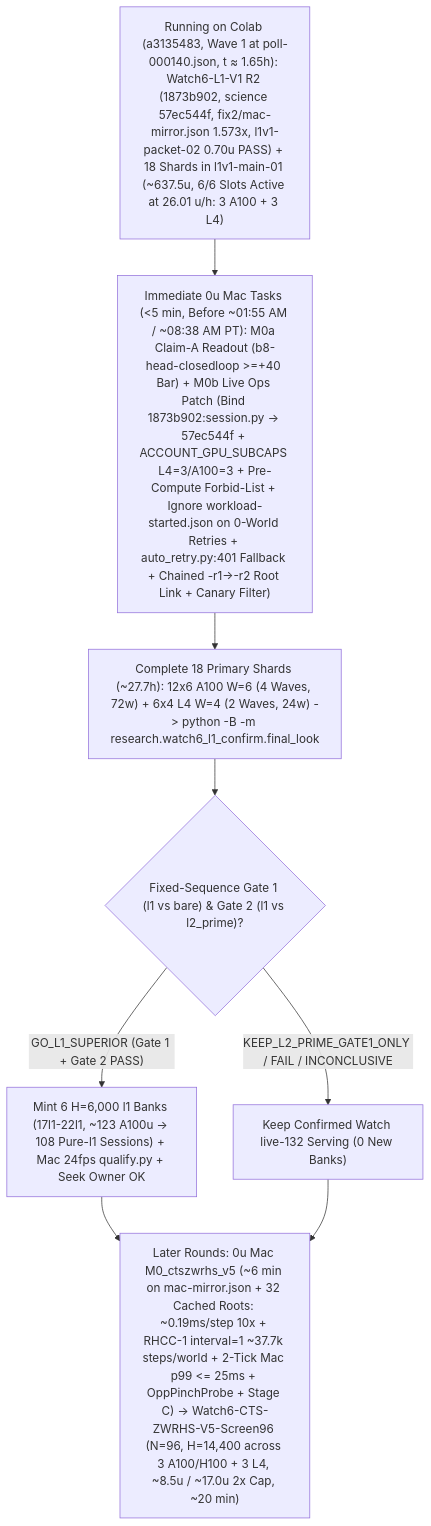
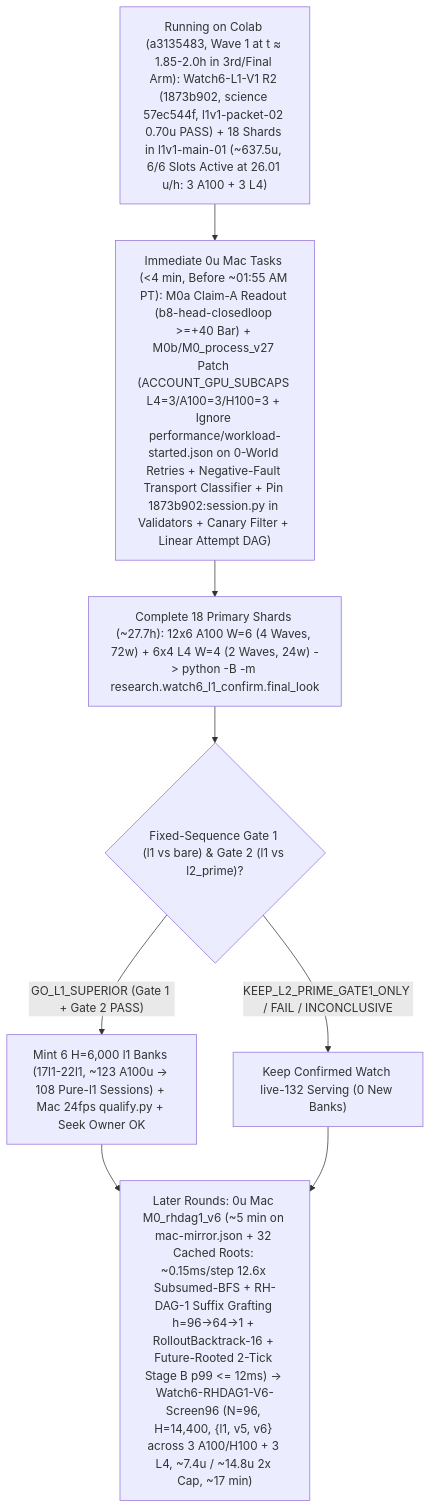
One commit to josenunezwork/snake-dqn changed the diagram in docs/research/ROADMAP.md. Above: the diagram before and after it, drawn with Mermaid. The commit also changed other lines of this file, not shown here.

Commit message:
docs(roadmap): fold in Round-27 synthesis (advice, not decisions)

````diff
--- a/docs/research/ROADMAP.md
+++ b/docs/research/ROADMAP.md
@@ -98,10 +104,10 @@
 ```mermaid
 flowchart TD
-    LIVE["Running on Colab (a3135483, Wave 1 at poll-000140.json, t ≈ 1.65h): Watch6-L1-V1 R2 (1873b902, science 57ec544f, fix2/mac-mirror.json 1.573x, l1v1-packet-02 0.70u PASS) + 18 Shards in l1v1-main-01 (~637.5u, 6/6 Slots Active at 26.01 u/h: 3 A100 + 3 L4)"] --> M0["Immediate 0u Mac Tasks (<5 min, Before ~01:55 AM / ~08:38 AM PT): M0a Claim-A Readout (b8-head-closedloop >=+40 Bar) + M0b Live Ops Patch (Bind 1873b902:session.py -> 57ec544f + ACCOUNT_GPU_SUBCAPS L4=3/A100=3 + Pre-Compute Forbid-List + Ignore workload-started.json on 0-World Retries + auto_retry.py:401 Fallback + Chained -r1->-r2 Root Link + Canary Filter)"]
+    LIVE["Running on Colab (a3135483, Wave 1 at t ≈ 1.85-2.0h in 3rd/Final Arm): Watch6-L1-V1 R2 (1873b902, science 57ec544f, l1v1-packet-02 0.70u PASS) + 18 Shards in l1v1-main-01 (~637.5u, 6/6 Slots Active at 26.01 u/h: 3 A100 + 3 L4)"] --> M0["Immediate 0u Mac Tasks (<4 min, Before ~01:55 AM PT): M0a Claim-A Readout (b8-head-closedloop >=+40 Bar) + M0b/M0_process_v27 Patch (ACCOUNT_GPU_SUBCAPS L4=3/A100=3/H100=3 + Ignore performance/workload-started.json on 0-World Retries + Negative-Fault Transport Classifier + Pin 1873b902:session.py in Validators + Canary Filter + Linear Attempt DAG)"]
     M0 --> WAVES["Complete 18 Primary Shards (~27.7h): 12x6 A100 W=6 (4 Waves, 72w) + 6x4 L4 W=4 (2 Waves, 24w) -> python -B -m research.watch6_l1_confirm.final_look"]
     WAVES --> GATES{"Fixed-Sequence Gate 1 (l1 vs bare) & Gate 2 (l1 vs l2_prime)?"}
     GATES -- "GO_L1_SUPERIOR (Gate 1 + Gate 2 PASS)" --> SUP["Mint 6 H=6,000 l1 Banks (17l1-22l1, ~123 A100u -> 108 Pure-l1 Sessions) + Mac 24fps qualify.py + Seek Owner OK"]
     GATES -- "KEEP_L2_PRIME_GATE1_ONLY / FAIL / INCONCLUSIVE" --> KEEP["Keep Confirmed Watch live-132 Serving (0 New Banks)"]
-    SUP --> LATER["Later Rounds: 0u Mac M0_ctszwrhs_v5 (~6 min on mac-mirror.json + 32 Cached Roots: ~0.19ms/step 10x + RHCC-1 interval=1 ~37.7k steps/world + 2-Tick Mac p99 <= 25ms + OppPinchProbe + Stage C) -> Watch6-CTS-ZWRHS-V5-Screen96 (N=96, H=14,400 across 3 A100/H100 + 3 L4, ~8.5u / ~17.0u 2x Cap, ~20 min)"]
+    SUP --> LATER["Later Rounds: 0u Mac M0_rhdag1_v6 (~5 min on mac-mirror.json + 32 Cached Roots: ~0.15ms/step 12.6x Subsumed-BFS + RH-DAG-1 Suffix Grafting h=96->64->1 + RolloutBacktrack-16 + Future-Rooted 2-Tick Stage B p99 <= 12ms) -> Watch6-RHDAG1-V6-Screen96 (N=96, H=14,400, {l1, v5, v6} across 3 A100/H100 + 3 L4, ~7.4u / ~14.8u 2x Cap, ~17 min)"]
     KEEP --> LATER
 ```
````
